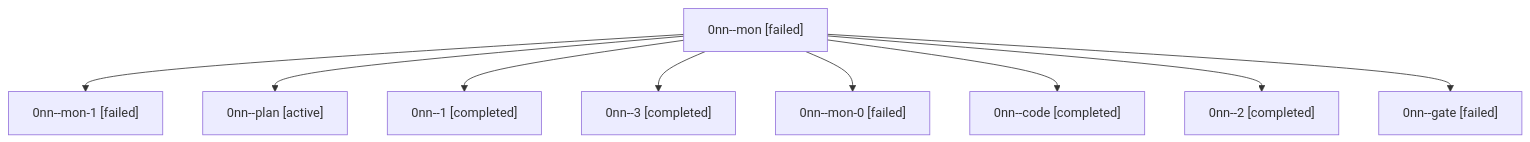
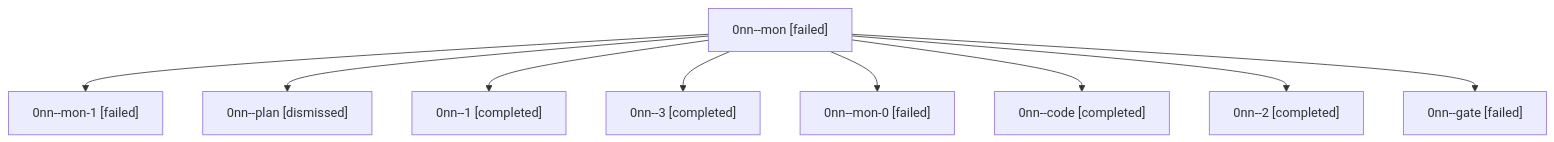
One commit to sase-org/sase--agents changed the diagram in sessions/bbugyi200.athena.0nn.md. Above: the diagram before and after it, drawn with Mermaid. The commit also changed other lines of this file and 36 other files, not shown here.

````diff
--- a/sessions/bbugyi200.athena.0nn.md
+++ b/sessions/bbugyi200.athena.0nn.md
@@ -9,20 +9,20 @@
 ```mermaid
 flowchart TD
   n0["0nn--mon [failed]"]
   n1["0nn--mon-1 [failed]"]
   n0 --> n1
-  n2["0nn--plan [active]"]
+  n2["0nn--plan [dismissed]"]
   n0 --> n2
   n3["0nn--1 [completed]"]
   n0 --> n3
   n4["0nn--3 [completed]"]
   n0 --> n4
   n5["0nn--mon-0 [failed]"]
   n0 --> n5
   n6["0nn--code [completed]"]
   n0 --> n6
   n7["0nn--2 [completed]"]
   n0 --> n7
   n8["0nn--gate [failed]"]
   n0 --> n8
 ```
````
